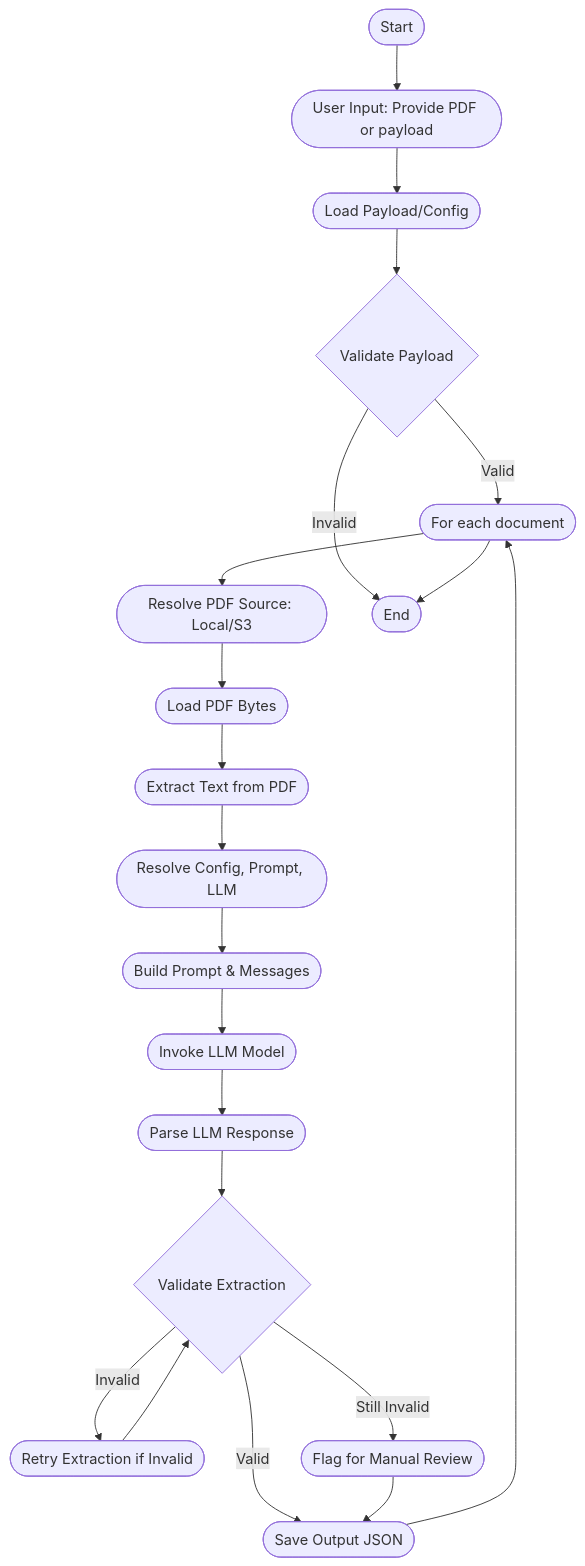
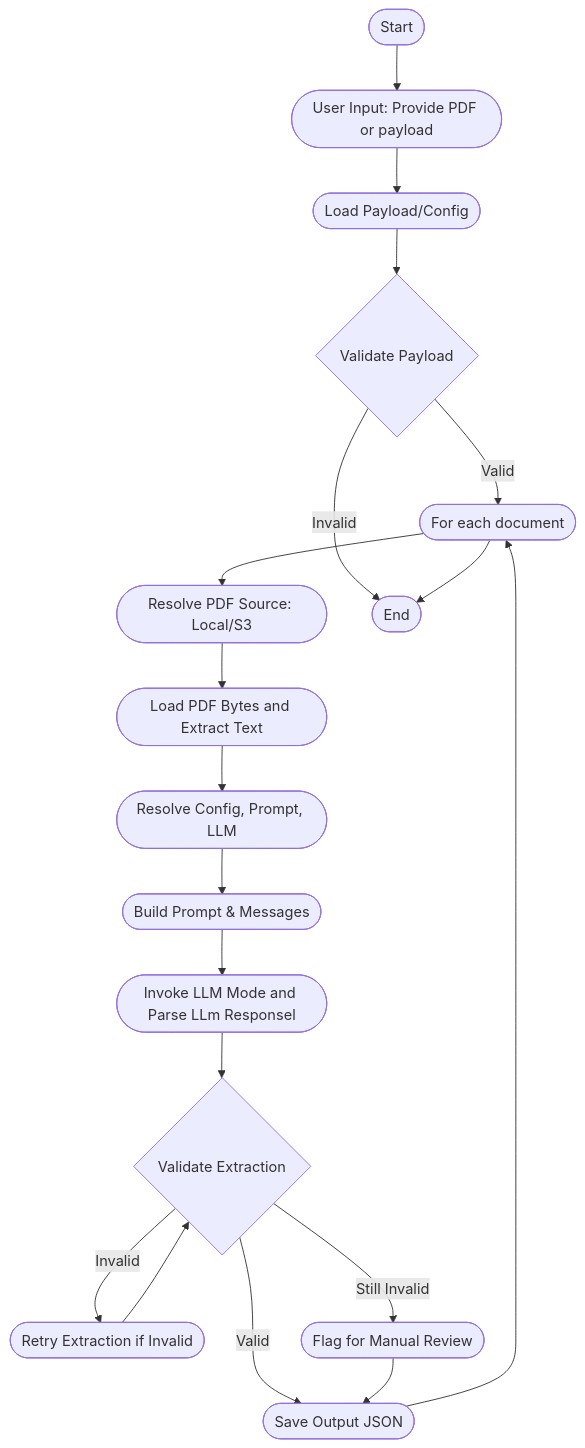
The diagram in activitydiagram.md (yadavanujkumar/bb-dig), drawn with Mermaid before and after one commit.

````diff
--- a/activitydiagram.md
+++ b/activitydiagram.md
@@ -5,41 +5,37 @@
 ```mermaid
 flowchart TD
     Start([Start])
     UserInput([User Input: Provide PDF or payload])
     LoadPayload([Load Payload/Config])
     ValidatePayload{Validate Payload}
     BatchLoop([For each document])
     ResolveSource([Resolve PDF Source: Local/S3])
-    LoadPDF([Load PDF Bytes])
-    ExtractText([Extract Text from PDF])
+    LoadPDF([Load PDF Bytes and Extract Text])
     ResolveConfig([Resolve Config, Prompt, LLM])
     BuildPrompt([Build Prompt & Messages])
-    ModelQuery([Invoke LLM Model])
-    ParseResponse([Parse LLM Response])
+    ModelQuery([Invoke LLM Mode and Parse LLm Responsel])
     ValidateExtract{Validate Extraction}
     RetryExtract([Retry Extraction if Invalid])
     FlagManual([Flag for Manual Review])
     SaveOutput([Save Output JSON])
     End([End])
 
     Start --> UserInput
     UserInput --> LoadPayload
     LoadPayload --> ValidatePayload
     ValidatePayload -->|Valid| BatchLoop
     ValidatePayload -->|Invalid| End
     BatchLoop --> ResolveSource
     ResolveSource --> LoadPDF
-    LoadPDF --> ExtractText
-    ExtractText --> ResolveConfig
+    LoadPDF --> ResolveConfig
     ResolveConfig --> BuildPrompt
     BuildPrompt --> ModelQuery
-    ModelQuery --> ParseResponse
-    ParseResponse --> ValidateExtract
+    ModelQuery --> ValidateExtract
     ValidateExtract -->|Valid| SaveOutput
     ValidateExtract -->|Invalid| RetryExtract
     RetryExtract --> ValidateExtract
     ValidateExtract -->|Still Invalid| FlagManual
     FlagManual --> SaveOutput
     SaveOutput --> BatchLoop
     BatchLoop --> End
 ```
````
